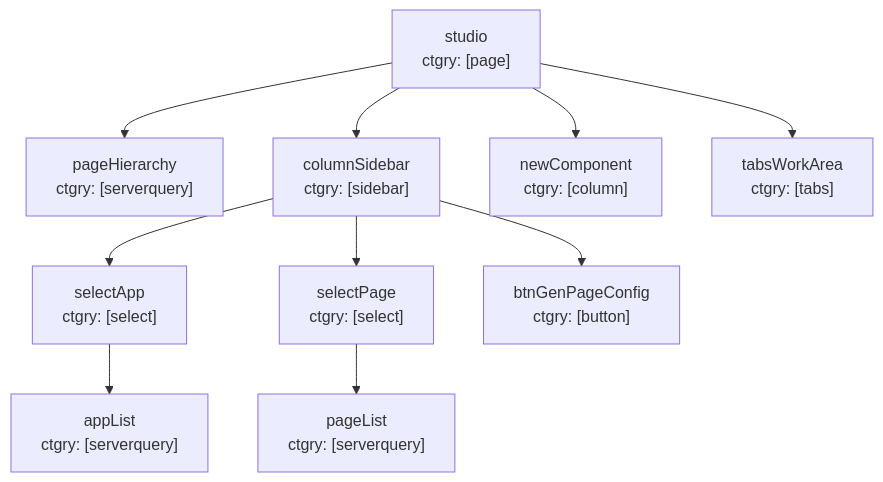
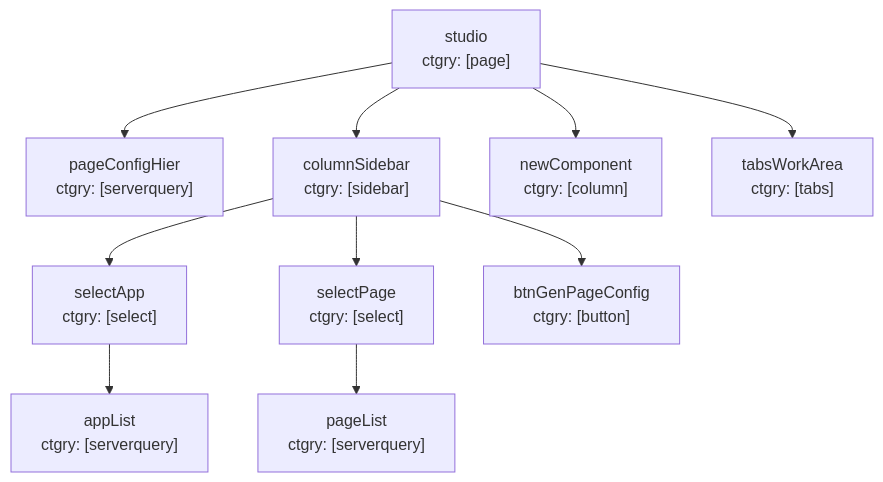
Before and after one commit to pchambless/wf-monorepo: the diagram in apps/wf-studio/src/apps/studio/pages/Studio/pageMermaid.mmd, drawn with Mermaid. The commit also changed 9 other files, not shown here.

```diff
--- a/apps/wf-studio/src/apps/studio/pages/Studio/pageMermaid.mmd
+++ b/apps/wf-studio/src/apps/studio/pages/Studio/pageMermaid.mmd
@@ -1,33 +1,33 @@
 graph TD
 
     studio["studio<br/>ctgry: [page]"]
-    pageHierarchy["pageHierarchy<br/>ctgry: [serverquery]"]
-    studio --> pageHierarchy
+    pageConfigHier["pageConfigHier<br/>ctgry: [serverquery]"]
+    studio --> pageConfigHier
     columnSidebar["columnSidebar<br/>ctgry: [sidebar]"]
     studio --> columnSidebar
     newComponent["newComponent<br/>ctgry: [column]"]
     studio --> newComponent
     tabsWorkArea["tabsWorkArea<br/>ctgry: [tabs]"]
     studio --> tabsWorkArea
     selectApp["selectApp<br/>ctgry: [select]"]
     columnSidebar --> selectApp
     selectPage["selectPage<br/>ctgry: [select]"]
     columnSidebar --> selectPage
     btnGenPageConfig["btnGenPageConfig<br/>ctgry: [button]"]
     columnSidebar --> btnGenPageConfig
     appList["appList<br/>ctgry: [serverquery]"]
     selectApp --> appList
     pageList["pageList<br/>ctgry: [serverquery]"]
     selectPage --> pageList
 
     %% Click handlers for Studio integration
     click studio href "javascript:window.selectEventTypeTab(24)"
-    click pageHierarchy href "javascript:window.selectEventTypeTab(39)"
+    click pageConfigHier href "javascript:window.selectEventTypeTab(39)"
     click columnSidebar href "javascript:window.selectEventTypeTab(31)"
     click newComponent href "javascript:window.selectEventTypeTab(32)"
     click tabsWorkArea href "javascript:window.selectEventTypeTab(33)"
     click selectApp href "javascript:window.selectEventTypeTab(35)"
     click selectPage href "javascript:window.selectEventTypeTab(36)"
     click btnGenPageConfig href "javascript:window.selectEventTypeTab(37)"
     click appList href "javascript:window.selectEventTypeTab(34)"
     click pageList href "javascript:window.selectEventTypeTab(38)"
```
